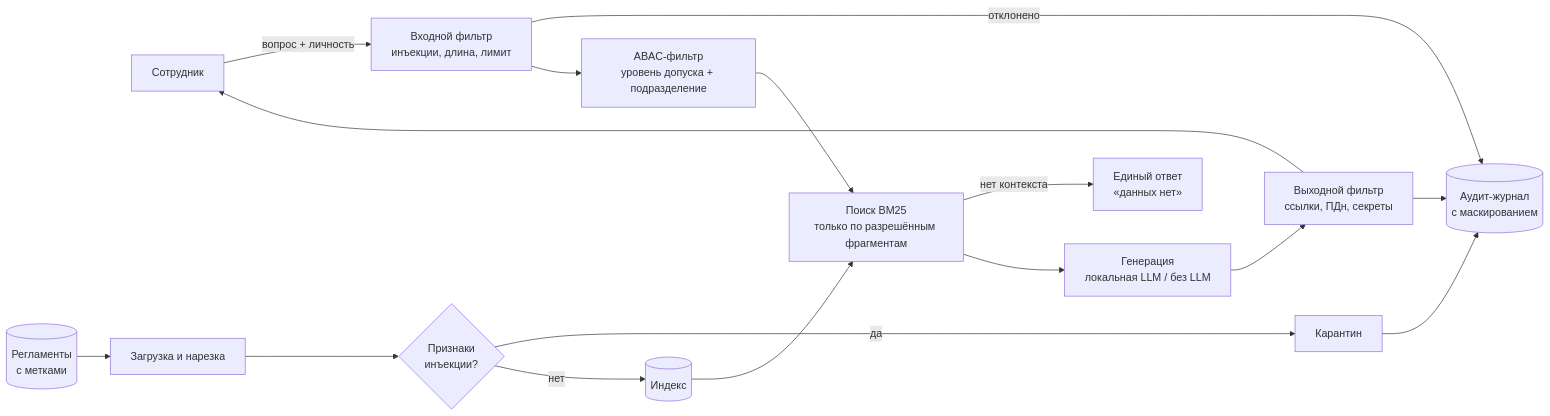
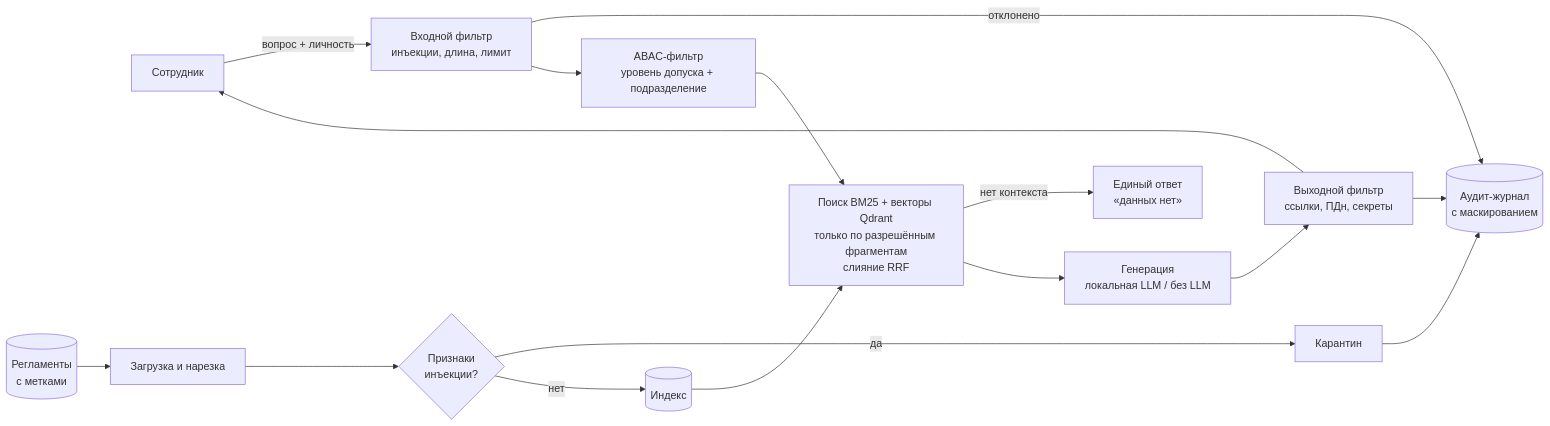
Before and after one commit to kuntsman-prog/secure-rag-bank: the diagram in README.md, drawn with Mermaid. The commit also changed other lines of this file and 20 other files, not shown here.

````diff
--- a/README.md
+++ b/README.md
@@ -9,17 +9,17 @@
 ```mermaid
 flowchart LR
     U[Сотрудник] -->|вопрос + личность| IG[Входной фильтр<br/>инъекции, длина, лимит]
     IG -->|отклонено| LOG[(Аудит-журнал<br/>с маскированием)]
     IG --> AC[ABAC-фильтр<br/>уровень допуска + подразделение]
-    AC --> R[Поиск BM25<br/>только по разрешённым фрагментам]
+    AC --> R[Поиск BM25 + векторы Qdrant<br/>только по разрешённым фрагментам<br/>слияние RRF]
     D[(Регламенты<br/>с метками)] --> ING[Загрузка и нарезка]
     ING --> Q{Признаки<br/>инъекции?}
     Q -->|да| QR[Карантин] --> LOG
     Q -->|нет| IDX[(Индекс)]
     IDX --> R
     R -->|нет контекста| NA[Единый ответ<br/>«данных нет»]
     R --> G[Генерация<br/>локальная LLM / без LLM]
     G --> OG[Выходной фильтр<br/>ссылки, ПДн, секреты]
     OG --> U
     OG --> LOG
 ```
````
